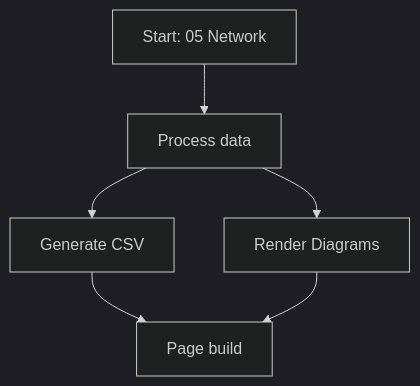
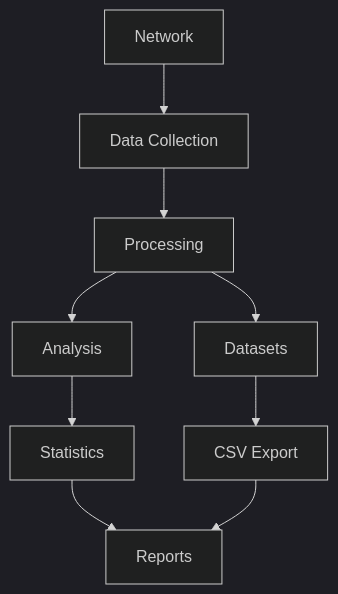
Before and after one commit to lukaszj321/otcv8-dev: the diagram in docs/authoring/05_network/diagrams/flow.mmd, drawn with Mermaid (dark theme). The commit also changed other lines of this file and 1329 other files, not shown here.

```diff
--- a/docs/authoring/05_network/diagrams/flow.mmd
+++ b/docs/authoring/05_network/diagrams/flow.mmd
@@ -1,8 +1,9 @@
-flowchart TD
-    A[Start: 05 Network] --> B[Process data]
-    B --> C[Generate CSV]
-    B --> D[Render Diagrams]
-    C --> E[Page build]
-    D --> E
-    click B "../05_network/index.html" "Open 05 Network"
-    click E "../index.html" "Back to Authoring"
+graph TD
+    A[Network] --> B[Data Collection]
+    B --> C[Processing]
+    C --> D[Datasets]
+    C --> E[Analysis]
+    D --> F[CSV Export]
+    E --> G[Statistics]
+    G --> H[Reports]
+    F --> H
```
